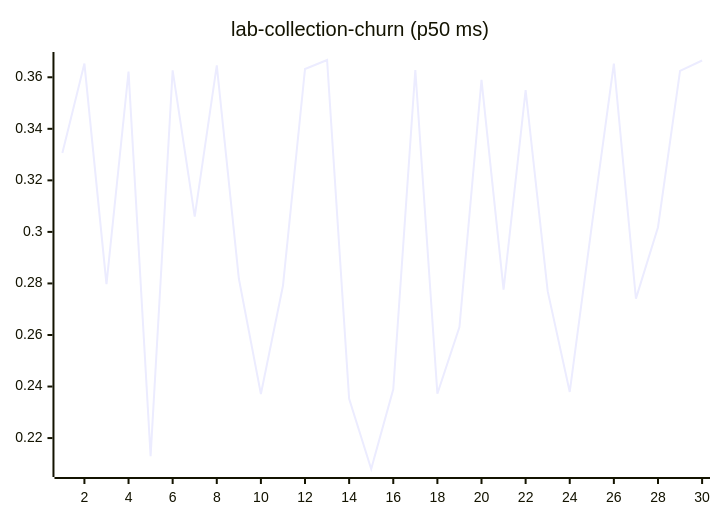
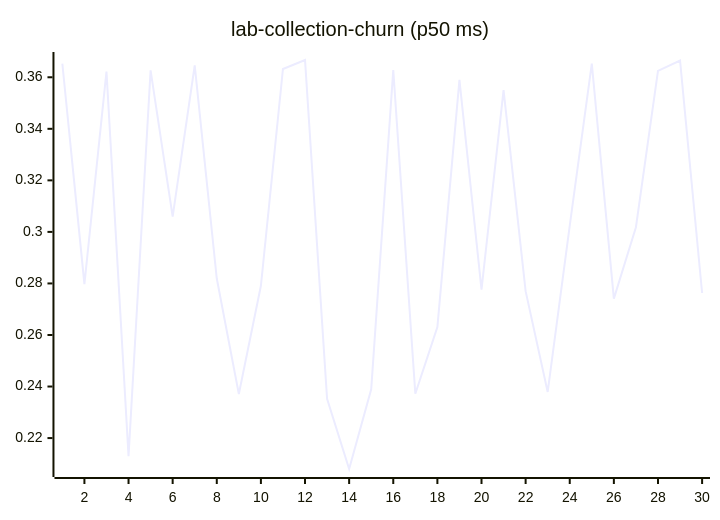
Diagram 11 of 27 in README.md (josha/Facet), drawn with Mermaid before and after one commit. The commit also changed other lines of this file and 2 other files, not shown here.

````diff
--- a/README.md
+++ b/README.md
@@ -133,6 +133,6 @@
 ```mermaid
 xychart-beta
     title "lab-collection-churn (p50 ms)"
     x-axis 1 --> 30
-    line [0.3306, 0.3653, 0.2797, 0.3622, 0.2130, 0.3627, 0.3059, 0.3646, 0.2819, 0.2371, 0.2791, 0.3632, 0.3667, 0.2352, 0.2080, 0.2389, 0.3628, 0.2372, 0.2631, 0.3590, 0.2776, 0.3550, 0.2770, 0.2379, 0.3024, 0.3653, 0.2741, 0.3018, 0.3625, 0.3665]
+    line [0.3653, 0.2797, 0.3622, 0.2130, 0.3627, 0.3059, 0.3646, 0.2819, 0.2371, 0.2791, 0.3632, 0.3667, 0.2352, 0.2080, 0.2389, 0.3628, 0.2372, 0.2631, 0.3590, 0.2776, 0.3550, 0.2770, 0.2379, 0.3024, 0.3653, 0.2741, 0.3018, 0.3625, 0.3665, 0.2763]
 ```
````
